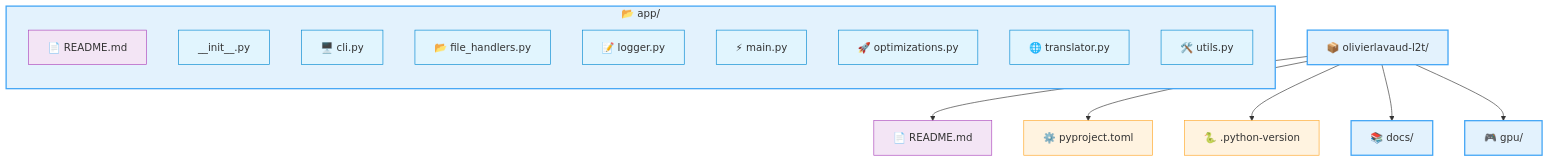
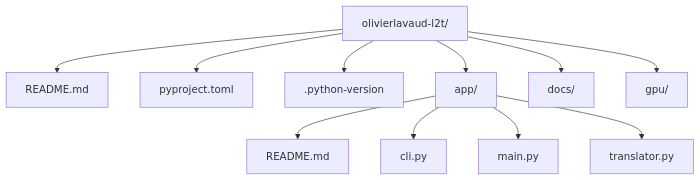
One commit to OlivierLAVAUD/L2T changed the first of 2 diagrams in README.md. Above: the diagram before and after it, drawn with Mermaid.

````diff
--- a/README.md
+++ b/README.md
@@ -19,37 +19,21 @@
 ```mermaid
 flowchart TD
-    %% Configuration globale
-    classDef folder fill:#E3F2FD,stroke:#42A5F5,stroke-width:2px
-    classDef file fill:#E8F5E9,stroke:#66BB6A,stroke-width:1.5px
-    classDef config fill:#FFF3E0,stroke:#FFA726
-    classDef python fill:#E1F5FE,stroke:#0288D1
-    classDef markdown fill:#F3E5F5,stroke:#AB47BC
-
-    %% Structure racine
-    root["📦 olivierlavaud-l2t/"]
-    root:::folder --> README["📄 README.md"]
-    README:::markdown
-    root --> pyproject["⚙️ pyproject.toml"]
-    pyproject:::config
-    root --> python_version["🐍 .python-version"]
-    python_version:::config
-
-    %% Sous-dossier app
-    subgraph app["📂 app/"]
-        direction TB
-        app_readme["📄 README.md"]:::markdown
-        app_init["__init__.py"]:::python
-        cli["🖥️ cli.py"]:::python
-        file_handlers["📂 file_handlers.py"]:::python
-        logger["📝 logger.py"]:::python
-        main["⚡ main.py"]:::python
-        optimizations["🚀 optimizations.py"]:::python
-        translator["🌐 translator.py"]:::python
-        utils["🛠️ utils.py"]:::python
-    end
-    app:::folder
-
-    %% Autres dossiers
-    root --> docs["📚 docs/"]:::folder
-    root --> gpu["🎮 gpu/"]:::folder
+    direction TB
+    
+    root["olivierlavaud-l2t/"] --> README["README.md"]
+    root --> pyproject["pyproject.toml"]
+    root --> python_version[".python-version"]
+    
+    root --> app["app/"]
+    app --> app_readme["README.md"]
+    app --> cli["cli.py"]
+    app --> main["main.py"]
+    app --> translator["translator.py"]
+    
+    root --> docs["docs/"]
+    root --> gpu["gpu/"]
+    
+    %% Tous les noeuds alignés à gauche
+    class allNodes text-align:left
+    classDef allNodes text-align:left
 ```
````
